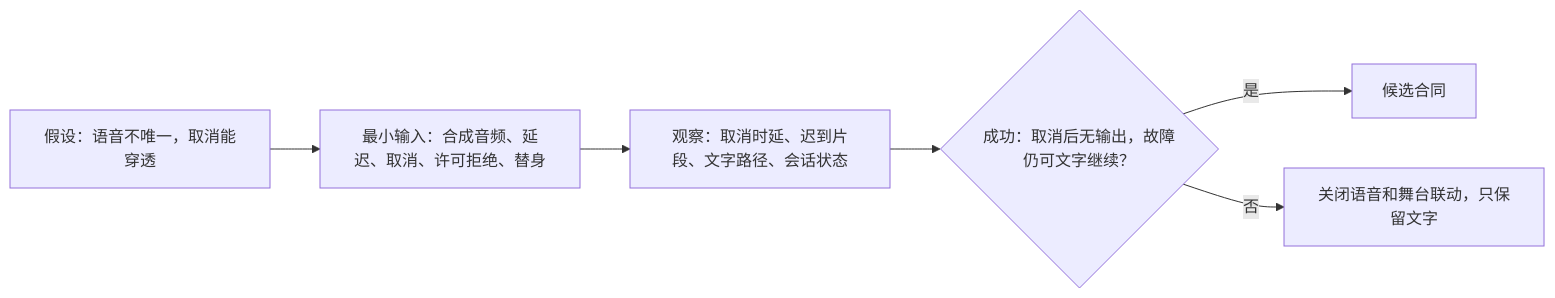
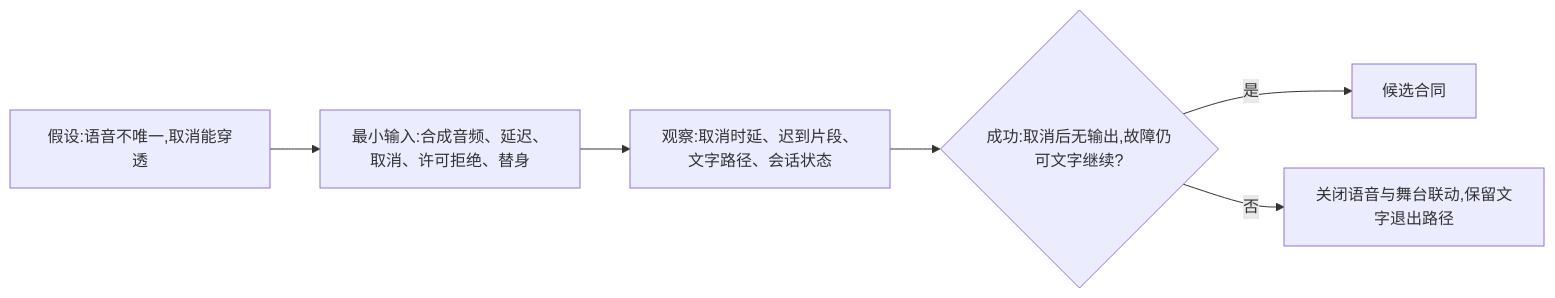
The eighth of 16 diagrams in docs/球球全套资料/4.产品设计/44-关键技术POC与方案选型.md (weiz98417-crypto/qiuqiu), drawn with Mermaid before and after one commit. The commit also changed other lines of this file and 49 other files, not shown here.

````diff
--- a/docs/球球全套资料/4.产品设计/44-关键技术POC与方案选型.md
+++ b/docs/球球全套资料/4.产品设计/44-关键技术POC与方案选型.md
@@ -129,8 +130,8 @@
 ```mermaid
 flowchart LR
-    H[假设：语音不唯一，取消能穿透] --> I[最小输入：合成音频、延迟、取消、许可拒绝、替身]
-    I --> O[观察：取消时延、迟到片段、文字路径、会话状态]
-    O --> S{成功：取消后无输出，故障仍可文字继续？}
+    H[假设:语音不唯一,取消能穿透] --> I[最小输入:合成音频、延迟、取消、许可拒绝、替身]
+    I --> O[观察:取消时延、迟到片段、文字路径、会话状态]
+    O --> S{成功:取消后无输出,故障仍可文字继续?}
     S -->|是| P[候选合同]
-    S -->|否| X[关闭语音和舞台联动，只保留文字]
+    S -->|否| X[关闭语音与舞台联动,保留文字退出路径]
 ```
````
